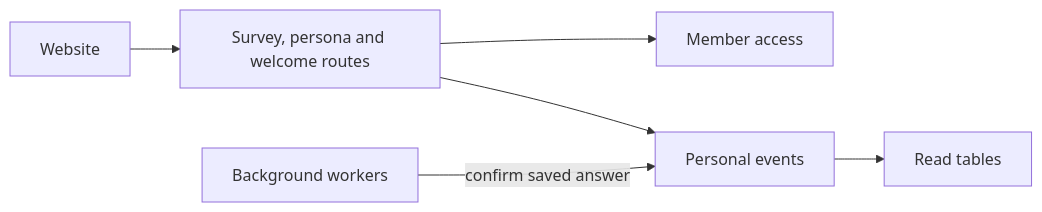
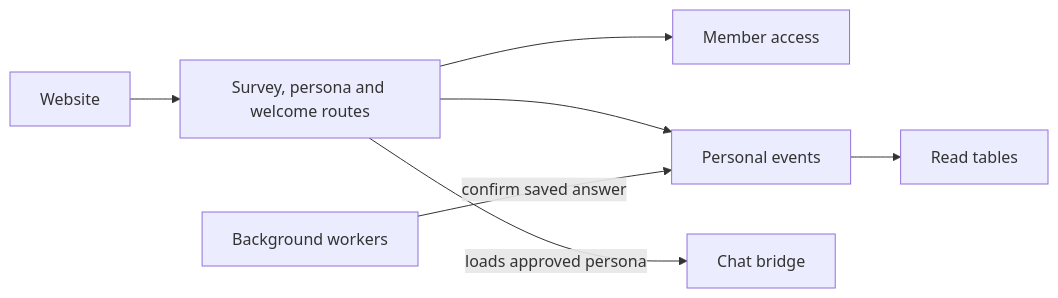
The diagram in apps/server/src/onboarding/README.md (elewa-git/opencrane-new), drawn with Mermaid before and after one commit. The commit also changed other lines of this file and 104 other files, not shown here.

````diff
--- a/apps/server/src/onboarding/README.md
+++ b/apps/server/src/onboarding/README.md
@@ -15,8 +16,9 @@
 ```mermaid
 flowchart LR
   web[Website] --> onboarding[Survey, persona and welcome routes]
   onboarding --> access[Member access]
   onboarding --> events[Personal events]
   workers[Background workers] -->|confirm saved answer| events
   events --> tables[Read tables]
+  onboarding -->|loads approved persona| bridge[Chat bridge]
 ```
````
